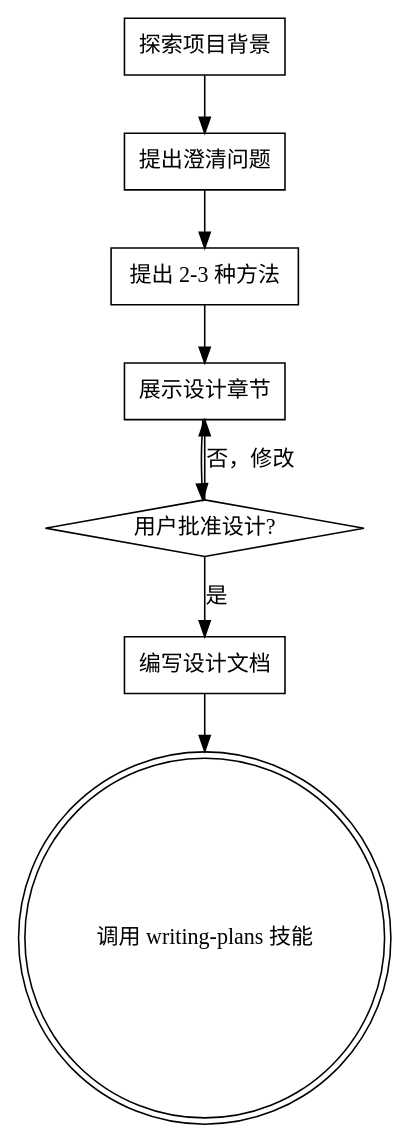
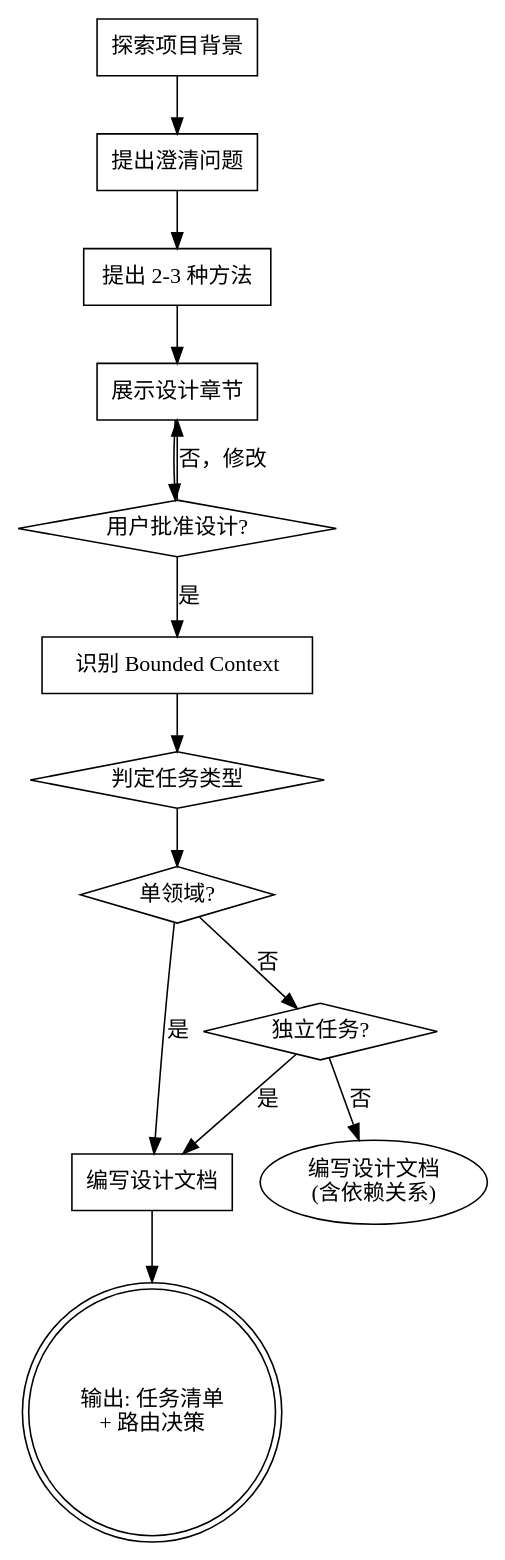
Before and after one commit to RunningPig0820/aiEduPlatform: the diagram in .claude/skills/brainstorming/SKILL.md, drawn with Graphviz. The commit also changed other lines of this file and 8 other files, not shown here.

````diff
--- a/.claude/skills/brainstorming/SKILL.md
+++ b/.claude/skills/brainstorming/SKILL.md
@@ -35,19 +32,31 @@
 ```dot
 digraph brainstorming {
     "探索项目背景" [shape=box];
     "提出澄清问题" [shape=box];
     "提出 2-3 种方法" [shape=box];
     "展示设计章节" [shape=box];
     "用户批准设计?" [shape=diamond];
+    "识别 Bounded Context" [shape=box];
+    "判定任务类型" [shape=diamond];
     "编写设计文档" [shape=box];
-    "调用 writing-plans 技能" [shape=doublecircle];
+
+    "单领域?" [shape=diamond];
+    "独立任务?" [shape=diamond];
+
+    "输出: 任务清单\n+ 路由决策" [shape=doublecircle];
 
     "探索项目背景" -> "提出澄清问题";
     "提出澄清问题" -> "提出 2-3 种方法";
     "提出 2-3 种方法" -> "展示设计章节";
     "展示设计章节" -> "用户批准设计?";
     "用户批准设计?" -> "展示设计章节" [label="否，修改"];
-    "用户批准设计?" -> "编写设计文档" [label="是"];
-    "编写设计文档" -> "调用 writing-plans 技能";
+    "用户批准设计?" -> "识别 Bounded Context" [label="是"];
+    "识别 Bounded Context" -> "判定任务类型";
+    "判定任务类型" -> "单领域?";
+    "单领域?" -> "编写设计文档" [label="是"];
+    "单领域?" -> "独立任务?" [label="否"];
+    "独立任务?" -> "编写设计文档" [label="是"];
+    "独立任务?" -> "编写设计文档\n(含依赖关系)" [label="否"];
+    "编写设计文档" -> "输出: 任务清单\n+ 路由决策";
 }
 ```
````
